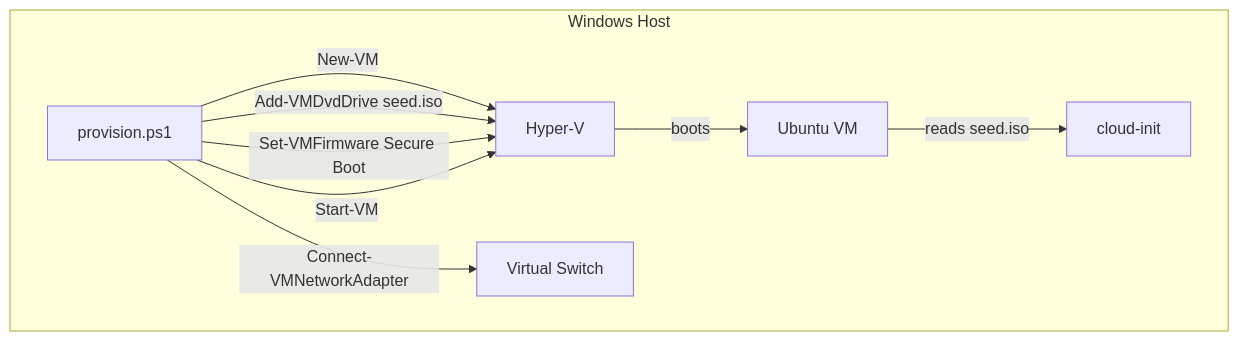
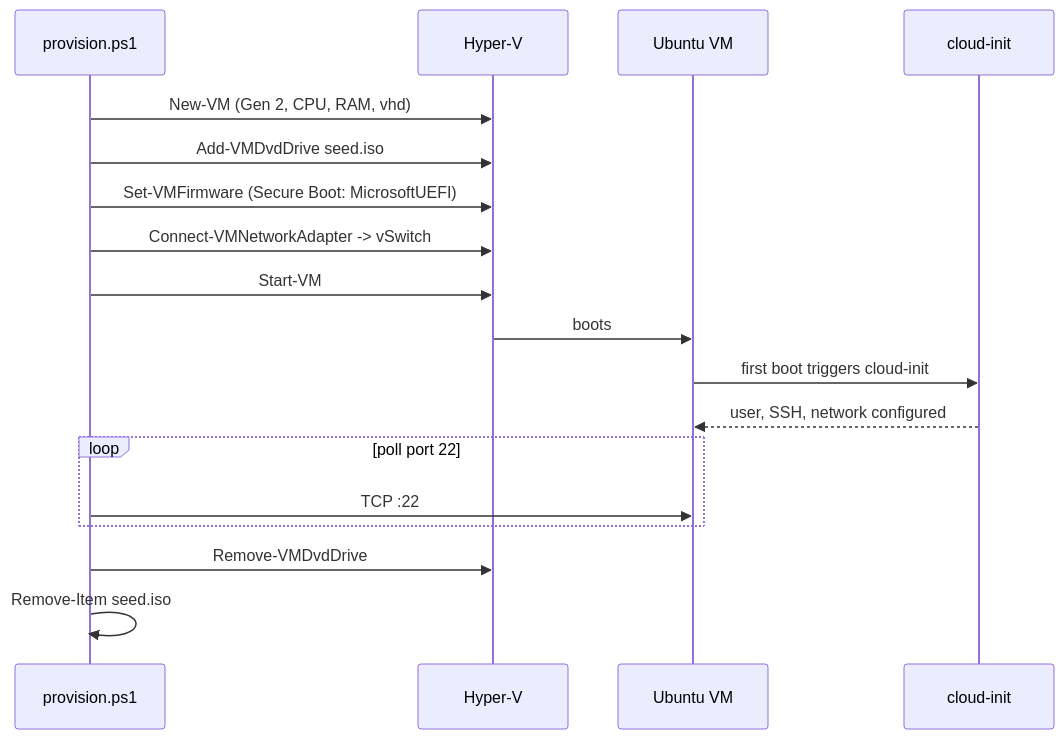
The fifth of 6 diagrams in docs/dev/implementation/01 - initial implementation/plan.md (VitaliiAndreev/Infrastructure-Vm-Provisioner), drawn with Mermaid before and after one commit. The commit also changed other lines of this file, not shown here.

````diff
--- a/docs/dev/implementation/01 - initial implementation/plan.md
+++ b/docs/dev/implementation/01 - initial implementation/plan.md
@@ -162,13 +170,21 @@
 ```mermaid
-graph TD
-    subgraph Host["Windows Host"]
-        P[provision.ps1]
-        P -->|New-VM| HyperV[Hyper-V]
-        P -->|Add-VMDvdDrive seed.iso| HyperV
-        P -->|Set-VMFirmware Secure Boot| HyperV
-        P -->|Connect-VMNetworkAdapter| Switch[Virtual Switch]
-        P -->|Start-VM| HyperV
-        HyperV -->|boots| VM[Ubuntu VM]
-        VM -->|reads seed.iso| CloudInit[cloud-init]
+sequenceDiagram
+    participant P as provision.ps1
+    participant HV as Hyper-V
+    participant VM as Ubuntu VM
+    participant CI as cloud-init
+
+    P->>HV: New-VM (Gen 2, CPU, RAM, vhd)
+    P->>HV: Add-VMDvdDrive seed.iso
+    P->>HV: Set-VMFirmware (Secure Boot: MicrosoftUEFI)
+    P->>HV: Connect-VMNetworkAdapter -> vSwitch
+    P->>HV: Start-VM
+    HV->>VM: boots
+    VM->>CI: first boot triggers cloud-init
+    CI-->>VM: user, SSH, network configured
+    loop poll port 22
+        P->>VM: TCP :22
     end
+    P->>HV: Remove-VMDvdDrive
+    P->>P: Remove-Item seed.iso
 ```
````
